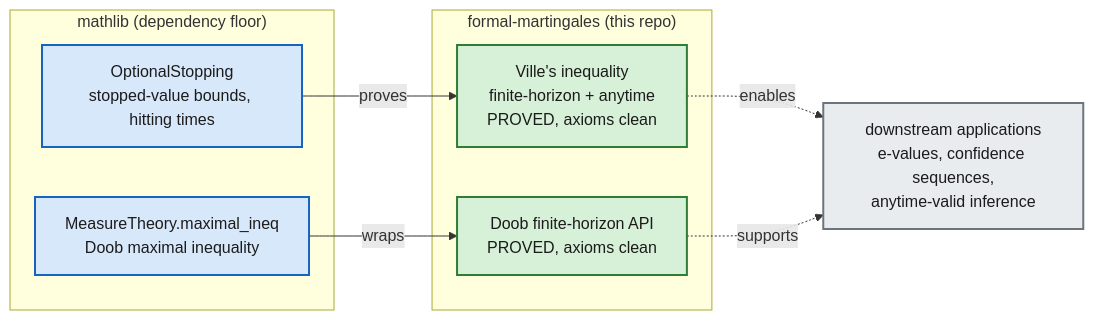
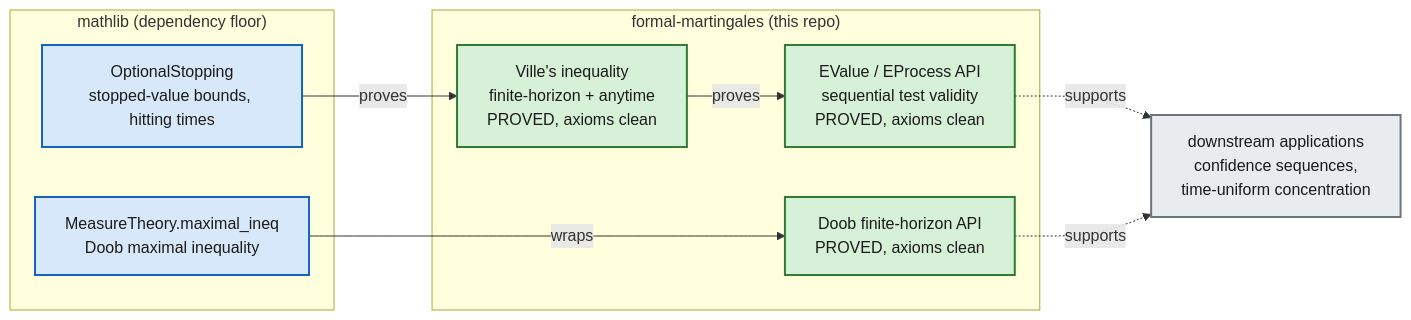
Before and after one commit to Robby955/formal-martingales: the diagram in docs/figures/proof-chain.mmd, drawn with Mermaid. The commit also changed 9 other files, not shown here.

Commit message:
add e-process sequential test API

```diff
--- a/docs/figures/proof-chain.mmd
+++ b/docs/figures/proof-chain.mmd
@@ -1,25 +1,27 @@
 %% formal-martingales proof-chain dependency
 %% Render: mmdc -i docs/figures/proof-chain.mmd -o docs/figures/proof-chain.png -b white -s 2
 flowchart LR
     subgraph mathlib["mathlib (dependency floor)"]
         M1["MeasureTheory.maximal_ineq<br/>Doob maximal inequality"]
         M2["OptionalStopping<br/>stopped-value bounds, hitting times"]
     end
     subgraph lib["formal-martingales (this repo)"]
         V["Ville's inequality<br/>finite-horizon + anytime<br/>PROVED, axioms clean"]
         D["Doob finite-horizon API<br/>PROVED, axioms clean"]
+        E["EValue / EProcess API<br/>sequential test validity<br/>PROVED, axioms clean"]
     end
-    A["downstream applications<br/>e-values, confidence sequences,<br/>anytime-valid inference"]
+    A["downstream applications<br/>confidence sequences,<br/>time-uniform concentration"]
 
     M2 -- proves --> V
     M1 -- wraps --> D
-    V -. enables .-> A
+    V -- proves --> E
+    E -. supports .-> A
     D -. supports .-> A
 
     classDef proved fill:#d7f0d8,stroke:#2e7d32,stroke-width:2px,color:#1b1b1b;
     classDef dep fill:#d8e8fb,stroke:#1565c0,stroke-width:2px,color:#1b1b1b;
     classDef planned fill:#e9ecef,stroke:#6c757d,stroke-width:2px,color:#1b1b1b;
 
-    class V,D proved;
+    class V,D,E proved;
     class M1,M2 dep;
     class A planned;
```
